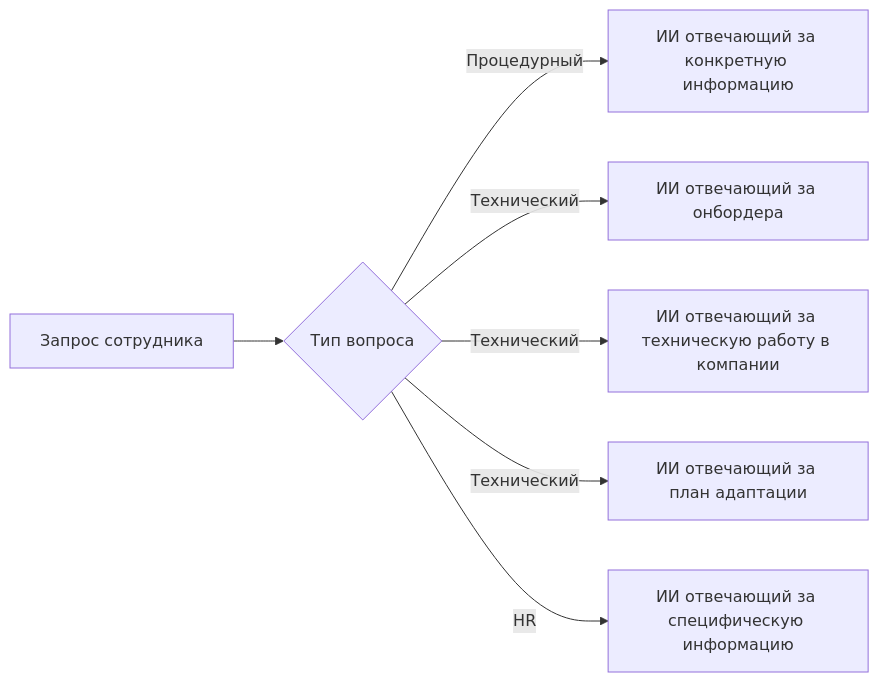
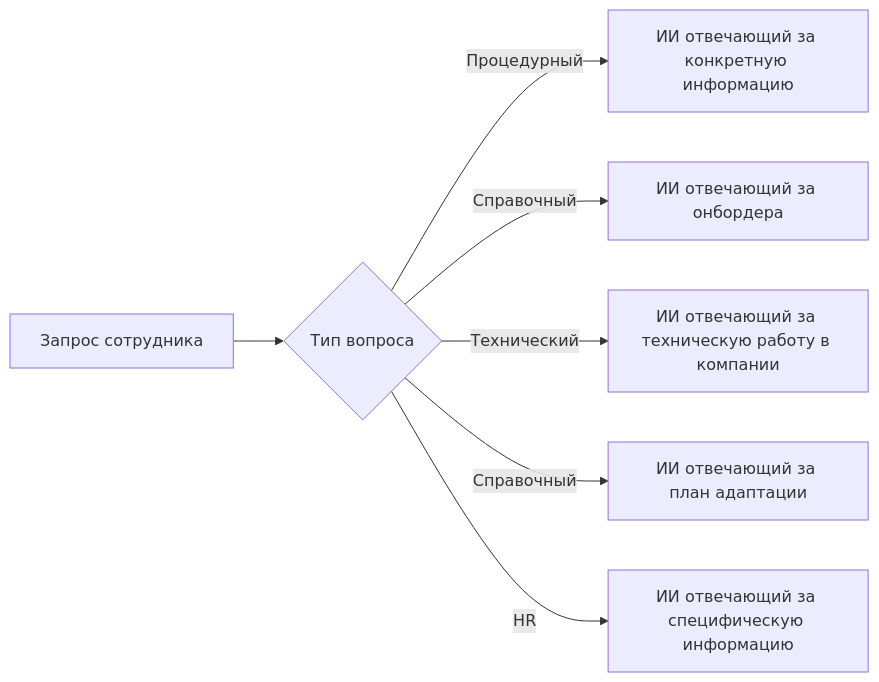
The first of 2 diagrams in AIOnborder/Этапы работы ассистента.md (Namelomax/AIOnborder), drawn with Mermaid before and after one commit.

Commit message:
vault backup: 2025-07-29 11:25:22

````diff
--- a/AIOnborder/Этапы работы ассистента.md
+++ b/AIOnborder/Этапы работы ассистента.md
@@ -21,9 +21,9 @@
 ```mermaid
 flowchart LR
     A[Запрос сотрудника] --> B{Тип вопроса}
     B -->|Процедурный| C[ИИ отвечающий за конкретную информацию]
-    B -->|Технический| D[ИИ отвечающий за онбордера]
+    B -->|Справочный| D[ИИ отвечающий за онбордера]
     B -->|Технический| F[ИИ отвечающий за техническую работу в компании]
-    B -->|Технический| G[ИИ отвечающий за план адаптации]
+    B -->|Справочный| G[ИИ отвечающий за план адаптации]
     B -->|HR| E[ИИ отвечающий за специфическую информацию]
 ```
````
